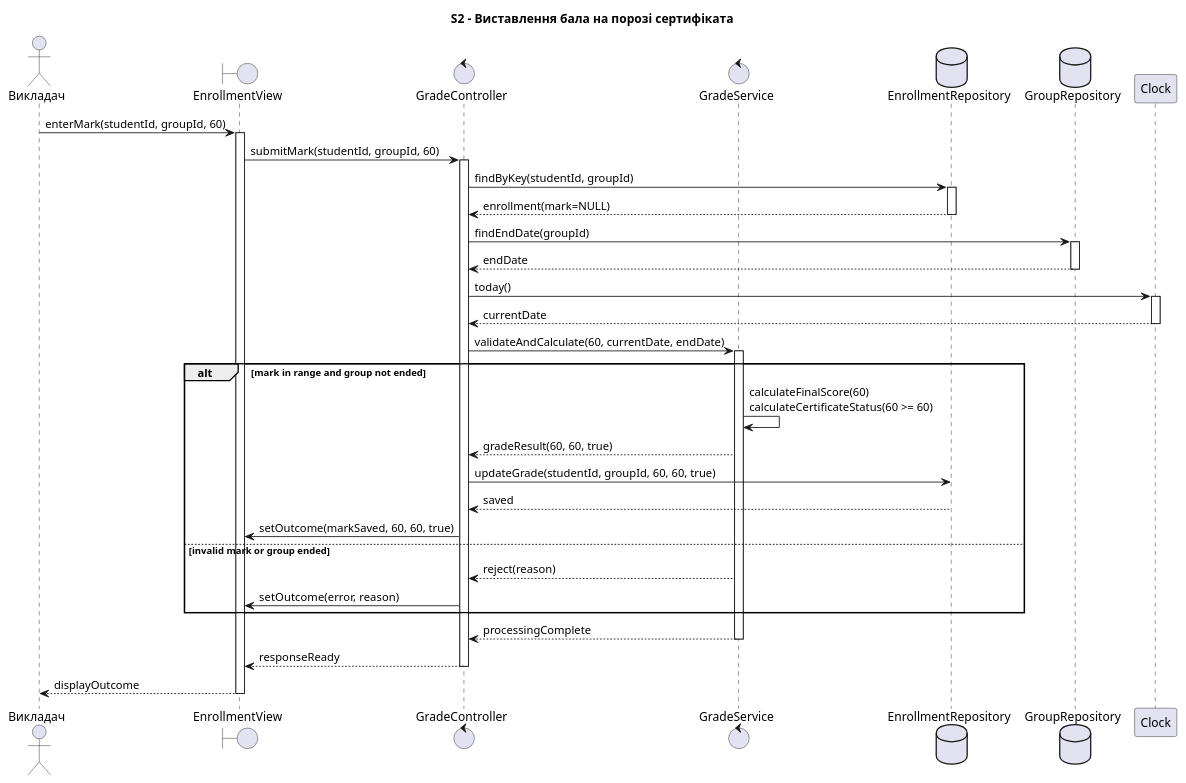
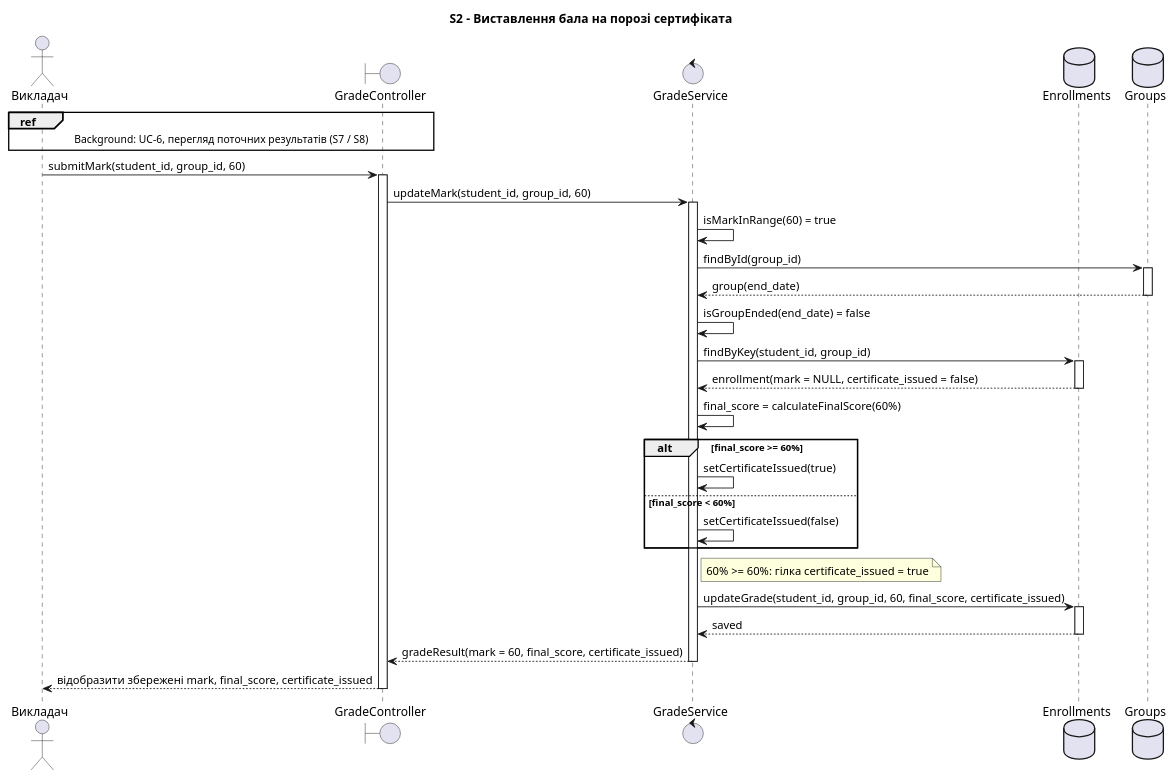
One commit to ka1tya/KPI changed the second of 8 diagrams in lab3/sequence-diagrams.puml. Above: the diagram before and after it, drawn with PlantUML. The commit also changed other lines of this file and 1 other file, not shown here.

Commit message:
Виправлено форматування коду sequence-діаграм, а саме змінено назви учасників, щоб вони краще відповідали моделі системи, та додано тип для final_score (відсоток), як це також зазначено в моделі. Також було додано файл spec.md з описом сценаріїв, які відповідають оновленим діаграмам

```diff
--- a/lab3/sequence-diagrams.puml
+++ b/lab3/sequence-diagrams.puml
@@ -34,32 +47,45 @@
 @startuml S2
  title S2 - Виставлення бала на порозі сертифіката
+
  actor "Викладач" as Teacher
- boundary "EnrollmentView" as View
- control "GradeController" as Controller
+ boundary "GradeController" as Controller
  control "GradeService" as GradeService
- database "EnrollmentRepository" as EnrollmentRepo
- database "GroupRepository" as GroupRepo
- participant "Clock" as Clock
- Teacher -> View ++: enterMark(studentId, groupId, 60)
- View -> Controller ++: submitMark(studentId, groupId, 60)
- Controller -> EnrollmentRepo ++: findByKey(studentId, groupId)
- EnrollmentRepo --> Controller --: enrollment(mark=NULL)
- Controller -> GroupRepo ++: findEndDate(groupId)
- GroupRepo --> Controller --: endDate
- Controller -> Clock ++: today()
- Clock --> Controller --: currentDate
- Controller -> GradeService ++: validateAndCalculate(60, currentDate, endDate)
- alt mark in range and group not ended
-   GradeService -> GradeService: calculateFinalScore(60)\ncalculateCertificateStatus(60 >= 60)
-   GradeService --> Controller: gradeResult(60, 60, true)
-   Controller -> EnrollmentRepo: updateGrade(studentId, groupId, 60, 60, true)
-   EnrollmentRepo --> Controller: saved
-  Controller -> View: setOutcome(markSaved, 60, 60, true)
- else invalid mark or group ended
-   GradeService --> Controller: reject(reason)
-  Controller -> View: setOutcome(error, reason)
+ database "Enrollments" as Enrollments
+ database "Groups" as Groups
+
+ ref over Teacher, Controller : Background: UC-6, перегляд поточних результатів (S7 / S8)
+
+ Teacher -> Controller : submitMark(student_id, group_id, 60)
+ activate Controller
+ Controller -> GradeService : updateMark(student_id, group_id, 60)
+ activate GradeService
+
+ GradeService -> GradeService : isMarkInRange(60) = true
+ GradeService -> Groups : findById(group_id)
+ activate Groups
+ Groups --> GradeService : group(end_date)
+ deactivate Groups
+ GradeService -> GradeService : isGroupEnded(end_date) = false
+ GradeService -> Enrollments : findByKey(student_id, group_id)
+ activate Enrollments
+ Enrollments --> GradeService : enrollment(mark = NULL, certificate_issued = false)
+ deactivate Enrollments
+
+ GradeService -> GradeService: final_score = calculateFinalScore(60%)
+ alt final_score >= 60%
+   GradeService -> GradeService : setCertificateIssued(true)
+ else final_score < 60%
+   GradeService -> GradeService : setCertificateIssued(false)
  end
- GradeService --> Controller --: processingComplete
- Controller --> View --: responseReady
- View --> Teacher --: displayOutcome
+ note right of GradeService : 60% >= 60%: гілка certificate_issued = true
+
+ GradeService -> Enrollments : updateGrade(student_id, group_id, 60, final_score, certificate_issued)
+ activate Enrollments
+ Enrollments --> GradeService : saved
+ deactivate Enrollments
+
+ GradeService --> Controller : gradeResult(mark = 60, final_score, certificate_issued)
+ deactivate GradeService
+ Controller --> Teacher : відобразити збережені mark, final_score, certificate_issued
+ deactivate Controller
 @enduml
```
